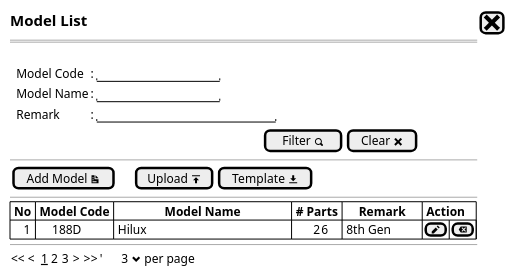
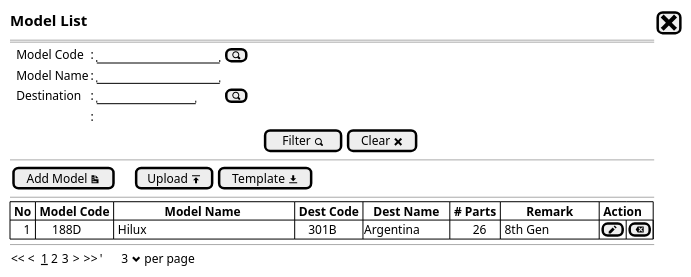
Before and after one commit to ari-fikri/packing-cost-mockup: the diagram in Model/model - newstep0a.puml, drawn with PlantUML. The commit also changed 5 other files, not shown here.

Commit message:
Modify Model UI Structure - Add Destination (code/name) - Add Implemenation period

```diff
--- a/Model/model - newstep0a.puml
+++ b/Model/model - newstep0a.puml
@@ -1,27 +1,27 @@
 @startsalt
 {
   <size:15><b>Model List |[<size:25><&x>]|*
   ==
-  .
   {
-    .|Model Code        |: |"               "|*
+    .|Model Code        |: |"               "|[<&magnifying-glass>]|*
     .|Model Name        |: |"               "|*
-    .|Remark            |: |"                      "|*
-  }
+    .|Destination       |: |"            "|[<&magnifying-glass>]|*
+    .|.|:|*
+  }*
   {|                                                                                |[Filter <&magnifying-glass>]|[Clear <&x>]|}
   --
   {
-  [Add Model <&document>]|.|.|.|[Upload <&data-transfer-upload>]| [Template <&data-transfer-download>]|* 
+    [Add Model <&document>]|.|.|.|[Upload <&data-transfer-upload>]| [Template <&data-transfer-download>]|* 
   }
   --
   {#
-    | <b>No | <b>Model Code |                <b>Model Name                | <b># Parts |<b>     Remark     |<b> Action |*|*|*
-    |    1  |     188D      | Hilux                                       |       26   | 8th Gen           |[<&pencil>]|[<&delete>]|*
+    | <b>No | <b>Model Code |                <b>Model Name                 | <b>Dest Code |   <b>Dest Name   | <b># Parts |<b>        Remark        |<b> Action |*|*|*
+    |    1  |     188D      | Hilux                                       |    301B       | Argentina        |       26   | 8th Gen           |[<&pencil>]|[<&delete>]|*
   }
   --
   {
   << <  __1__ 2 3  > >>  |'      3 <&chevron-bottom> per page |*
   }
 
 }
 @endsalt
```
